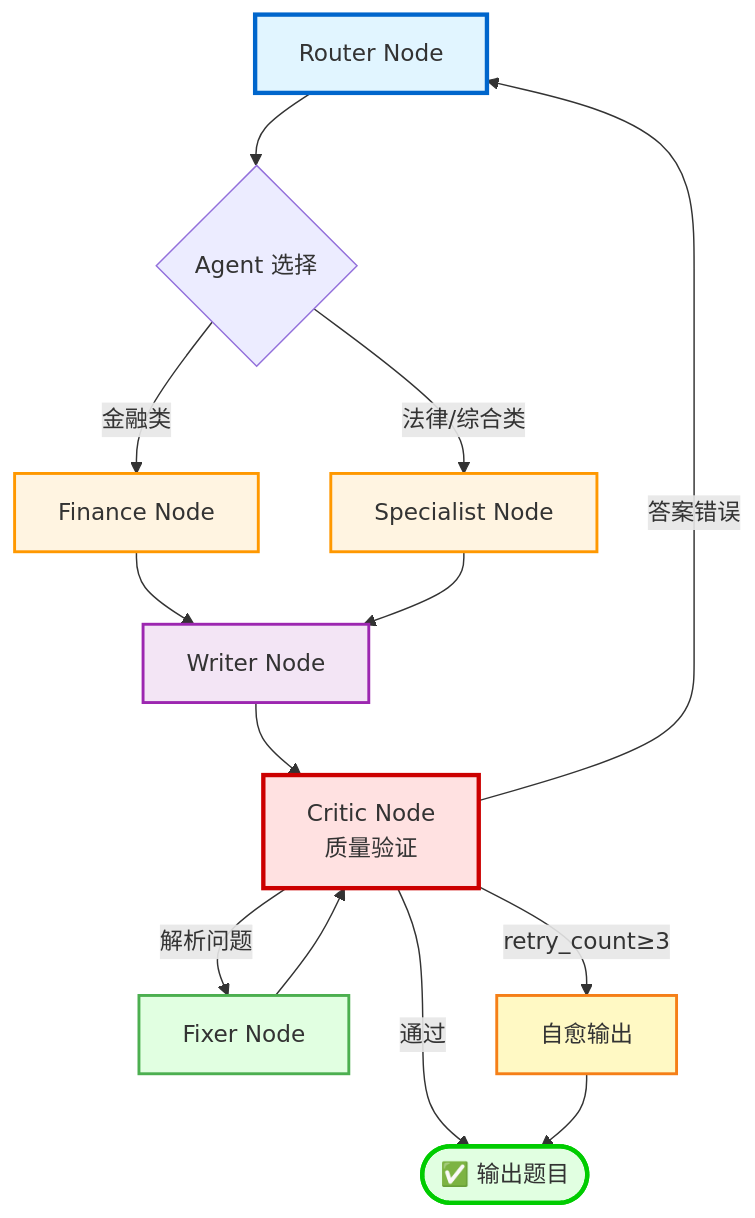
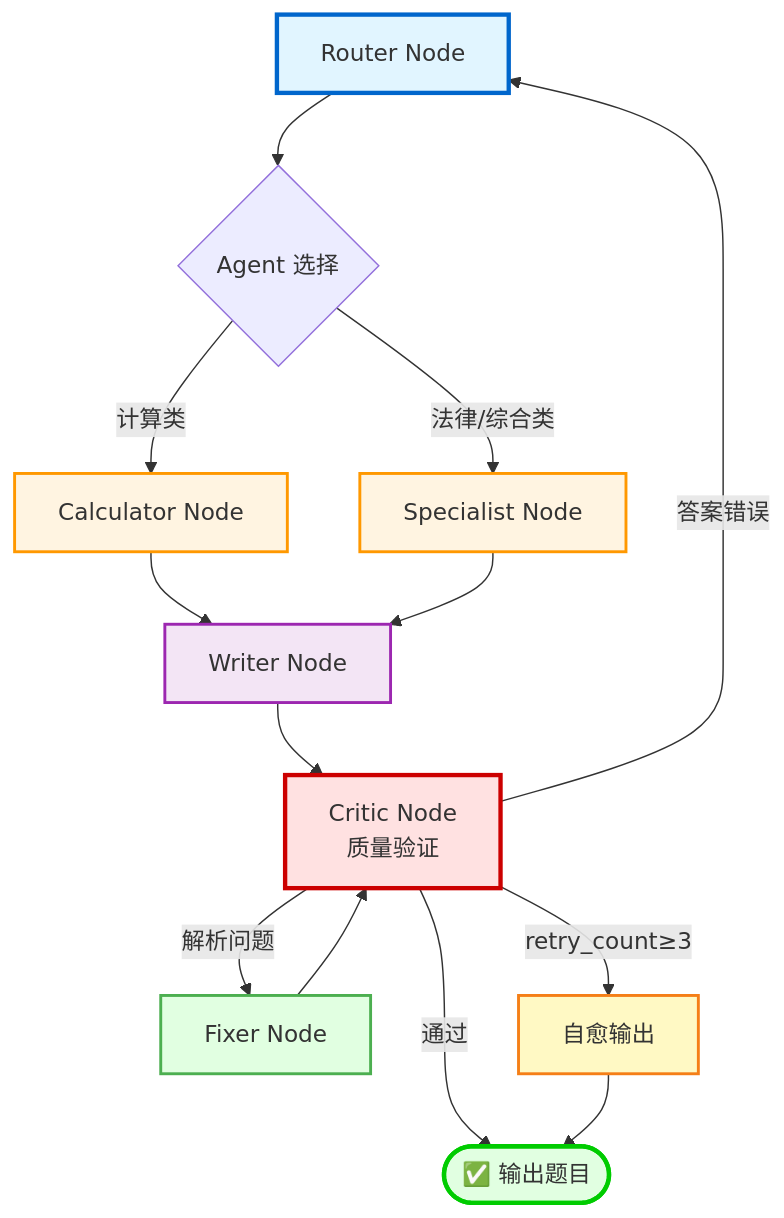
The third of 6 diagrams in docs/系统流程图-可视化版.md (pt1995117/boxue-ai-exam-generator), drawn with Mermaid before and after one commit. The commit also changed other lines of this file and 20066 other files, not shown here.

````diff
--- a/docs/系统流程图-可视化版.md
+++ b/docs/系统流程图-可视化版.md
@@ -74,29 +74,29 @@
 ```mermaid
 flowchart TD
     Router[Router Node] --> Agent{Agent 选择}
-    Agent -->|金融类| Finance[Finance Node]
+    Agent -->|计算类| Calculator[Calculator Node]
     Agent -->|法律/综合类| Specialist[Specialist Node]
     
-    Finance --> Writer[Writer Node]
+    Calculator --> Writer[Writer Node]
     Specialist --> Writer
     
     Writer --> Critic[Critic Node<br/>质量验证]
     
     Critic -->|通过| End([✅ 输出题目])
     Critic -->|答案错误| Router
     Critic -->|解析问题| Fixer[Fixer Node]
     
     Fixer --> Critic
     
     Critic -->|retry_count≥3| SelfHeal[自愈输出]
     SelfHeal --> End
     
     style Router fill:#e1f5ff,stroke:#0066cc,stroke-width:3px
-    style Finance fill:#fff4e1,stroke:#ff9800,stroke-width:2px
+    style Calculator fill:#fff4e1,stroke:#ff9800,stroke-width:2px
     style Specialist fill:#fff4e1,stroke:#ff9800,stroke-width:2px
     style Writer fill:#f3e5f5,stroke:#9c27b0,stroke-width:2px
     style Critic fill:#ffe1e1,stroke:#cc0000,stroke-width:3px
     style Fixer fill:#e1ffe1,stroke:#4caf50,stroke-width:2px
     style SelfHeal fill:#fff9c4,stroke:#f57f17,stroke-width:2px
     style End fill:#e1ffe1,stroke:#00cc00,stroke-width:3px
 ```
````
